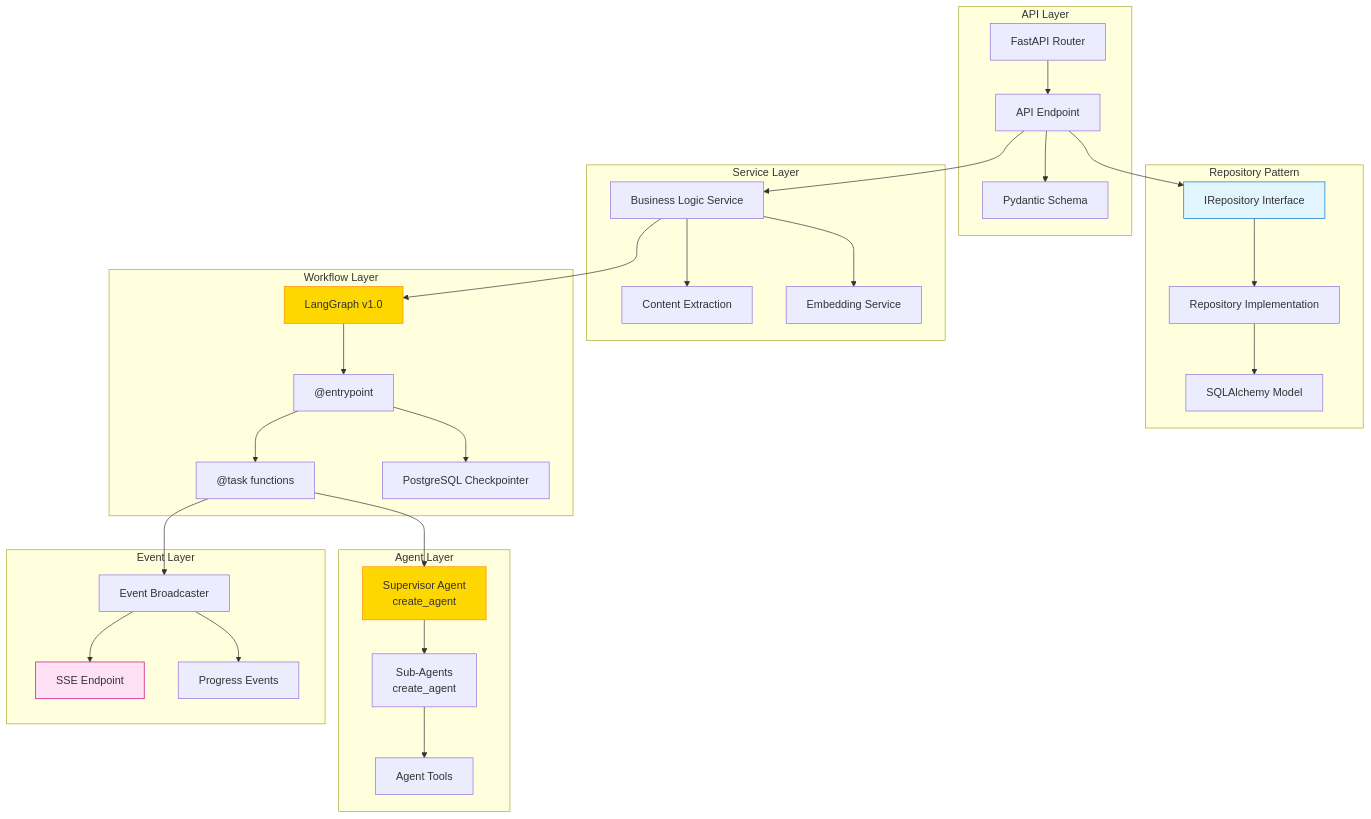
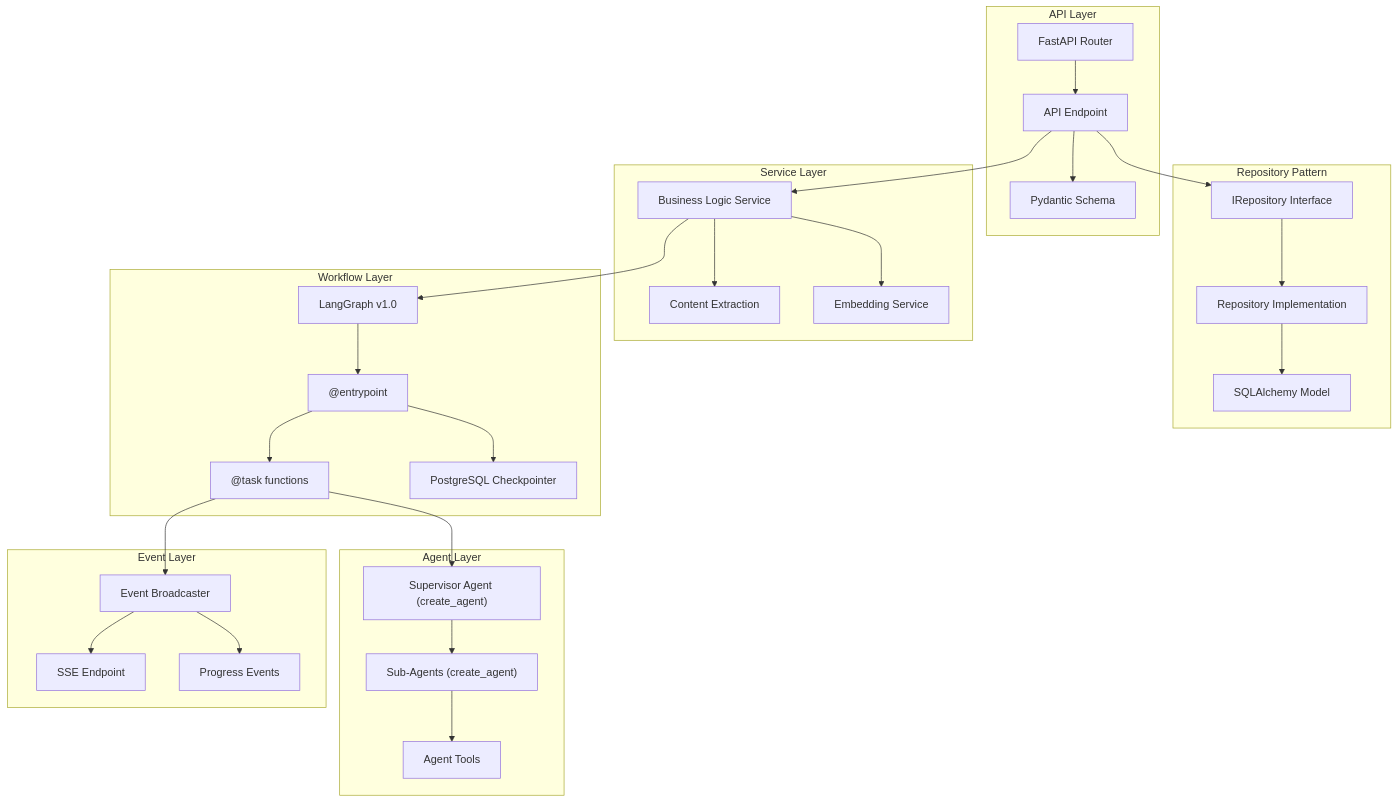
Before and after one commit to ArieGoldkin/SkillForge: diagram 11 of 11 in docs/ARCHITECTURE.md, drawn with Mermaid. The commit also changed other lines of this file and 31 other files, not shown here.

First line of the commit message:
docs: refresh docs + diagrams, align ports/versions

````diff
--- a/docs/ARCHITECTURE.md
+++ b/docs/ARCHITECTURE.md
@@ -776,67 +739,63 @@
 ```mermaid
 graph TB
     subgraph "API Layer"
         Router[FastAPI Router]
         Endpoint[API Endpoint]
         Schema[Pydantic Schema]
     end
     
     subgraph "Repository Pattern"
         Interface[IRepository Interface]
         Impl[Repository Implementation]
         Model[SQLAlchemy Model]
     end
     
     subgraph "Service Layer"
         Service[Business Logic Service]
         Extraction[Content Extraction]
         Embedding[Embedding Service]
     end
     
     subgraph "Workflow Layer"
         LangGraph[LangGraph v1.0]
         EntryPoint["@entrypoint"]
         Tasks["@task functions"]
         Checkpointer[PostgreSQL Checkpointer]
     end
     
     subgraph "Agent Layer"
-        Supervisor[Supervisor Agent<br/>create_agent]
-        SubAgents[Sub-Agents<br/>create_agent]
+        Supervisor["Supervisor Agent (create_agent)"]
+        SubAgents["Sub-Agents (create_agent)"]
         Tools[Agent Tools]
     end
     
     subgraph "Event Layer"
         Broadcaster[Event Broadcaster]
         SSE[SSE Endpoint]
         Events[Progress Events]
     end
     
     Router --> Endpoint
     Endpoint --> Schema
     Endpoint --> Interface
     Interface --> Impl
     Impl --> Model
     
     Endpoint --> Service
     Service --> Extraction
     Service --> Embedding
     
     Service --> LangGraph
     LangGraph --> EntryPoint
     EntryPoint --> Tasks
     EntryPoint --> Checkpointer
     
     Tasks --> Supervisor
     Supervisor --> SubAgents
     SubAgents --> Tools
     
     Tasks --> Broadcaster
     Broadcaster --> SSE
     Broadcaster --> Events
     
-    style Interface fill:#e1f5ff,stroke:#0077cc
-    style LangGraph fill:#ffd700,stroke:#ff8c00
-    style Supervisor fill:#ffd700,stroke:#ff8c00
-    style SSE fill:#ffe1f5,stroke:#cc0077
 ```
````
